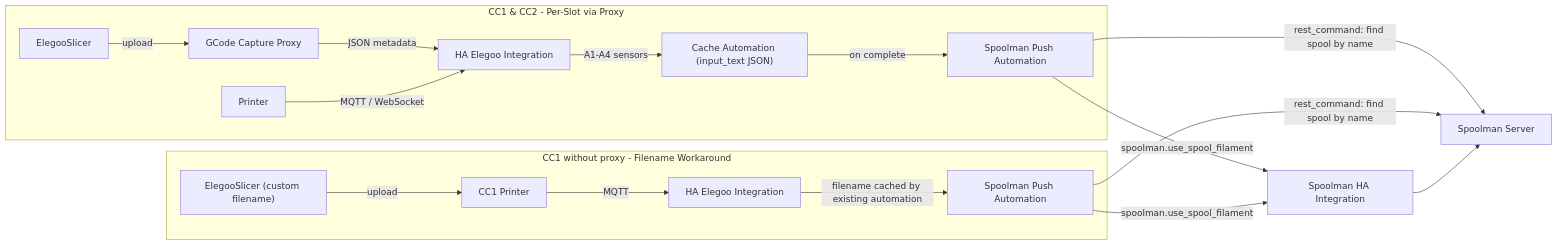
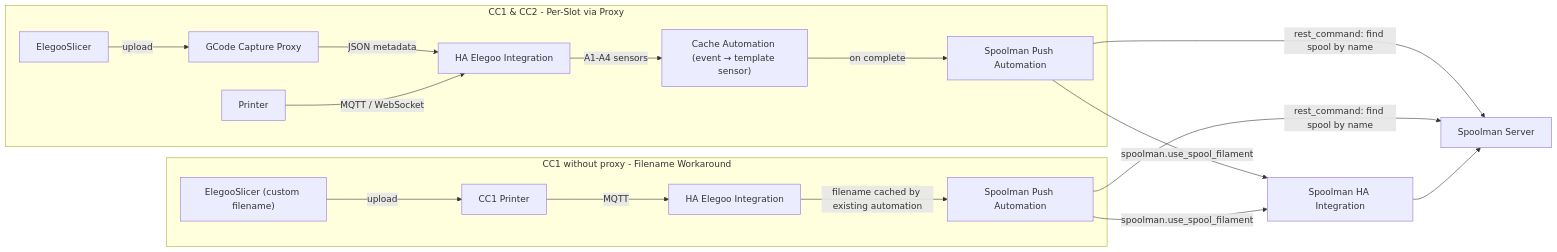
One commit to danielcherubini/elegoo-homeassistant changed the diagram in SPOOLMAN.md. Above: the diagram before and after it, drawn with Mermaid. The commit also changed other lines of this file, not shown here.

First line of the commit message:
fix(docs): CC2 slot cache — template sensor attribute instead of input_text (#410)

````diff
--- a/SPOOLMAN.md
+++ b/SPOOLMAN.md
@@ -25,24 +25,24 @@
 ```mermaid
 flowchart LR
   subgraph cc2Flow [CC1 & CC2 - Per-Slot via Proxy]
     Slicer2[ElegooSlicer] -->|upload| Proxy[GCode Capture Proxy]
     Proxy -->|JSON metadata| HAElegoo2[HA Elegoo Integration]
     CC2Printer[Printer] -->|"MQTT / WebSocket"| HAElegoo2
-    HAElegoo2 -->|"A1-A4 sensors"| Cache2["Cache Automation (input_text JSON)"]
+    HAElegoo2 -->|"A1-A4 sensors"| Cache2["Cache Automation (event → template sensor)"]
     Cache2 -->|"on complete"| Auto2[Spoolman Push Automation]
   end
 
   subgraph cc1Flow [CC1 without proxy - Filename Workaround]
     Slicer1["ElegooSlicer (custom filename)"] -->|upload| CC1Printer[CC1 Printer]
     CC1Printer -->|MQTT| HAElegoo1[HA Elegoo Integration]
     HAElegoo1 -->|"filename cached by existing automation"| Auto1[Spoolman Push Automation]
   end
 
   SpoolmanServer["Spoolman Server"]
 
   Auto2 -->|"rest_command: find spool by name"| SpoolmanServer
   Auto1 -->|"rest_command: find spool by name"| SpoolmanServer
   Auto2 -->|"spoolman.use_spool_filament"| SpoolmanHA[Spoolman HA Integration]
   Auto1 -->|"spoolman.use_spool_filament"| SpoolmanHA
   SpoolmanHA --> SpoolmanServer
 ```
````
